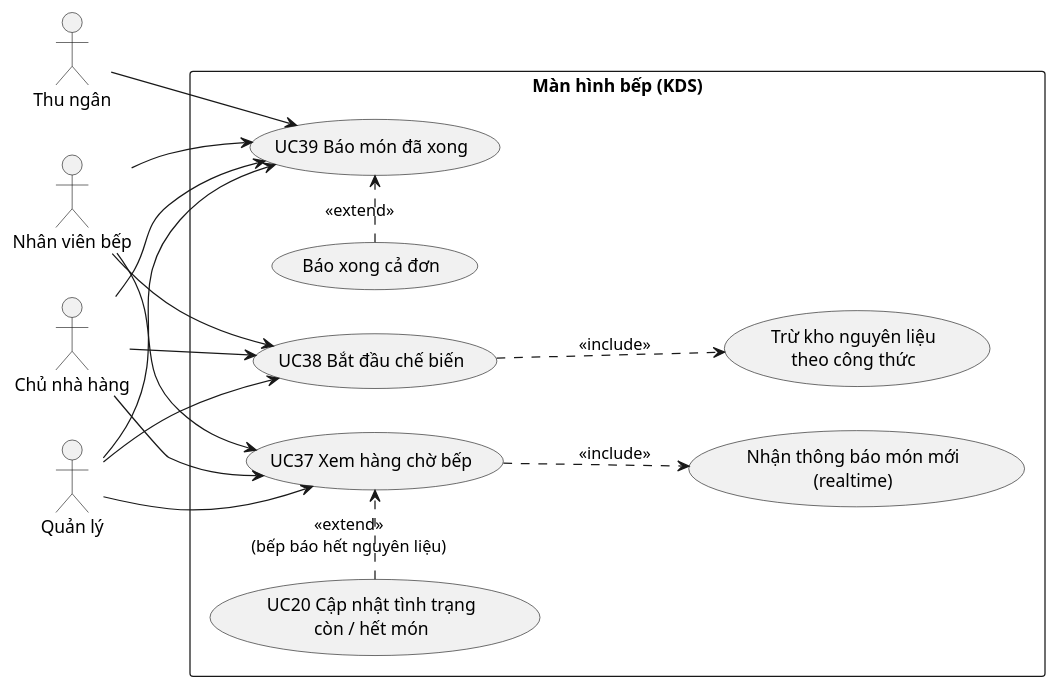
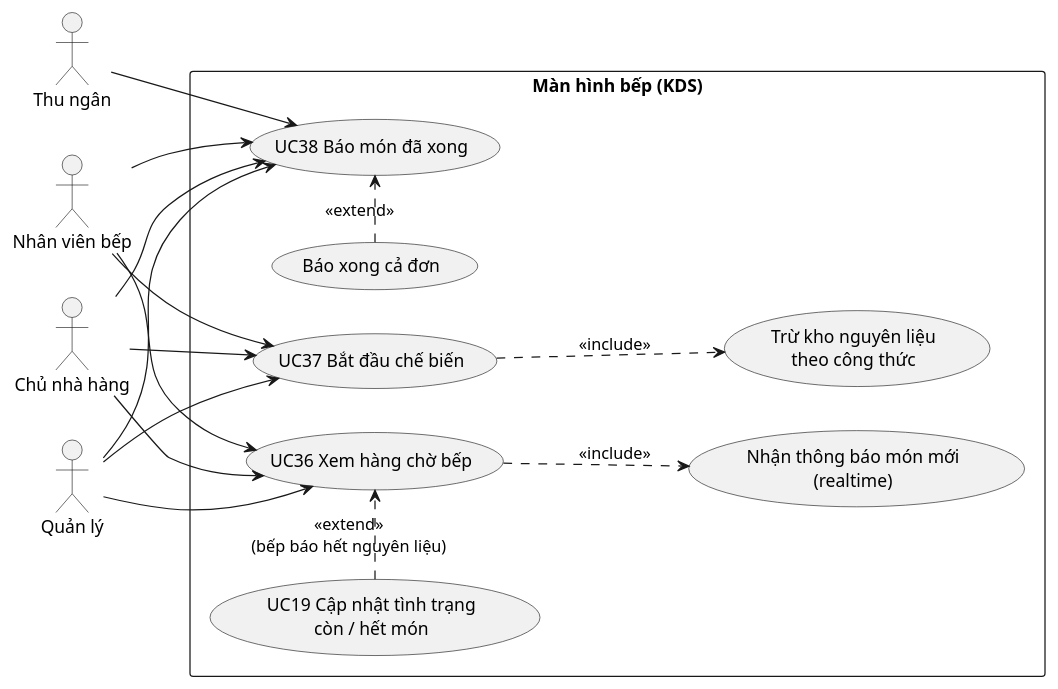
One commit to TruongHidu/XayPOS_be changed the diagram in docs/usecase/07-bep.md. Above: the diagram before and after it, drawn with PlantUML. The commit also changed other lines of this file and 50 other files, not shown here.

````diff
--- a/docs/usecase/07-bep.md
+++ b/docs/usecase/07-bep.md
@@ -5,37 +5,37 @@
 ```plantuml
 @startuml UC07_Bep
 left to right direction
 skinparam packageStyle rectangle
 
 actor "Nhân viên bếp" as Kitchen
 actor "Thu ngân" as Cashier
 actor "Quản lý" as Manager
 actor "Chủ nhà hàng" as Owner
 
 rectangle "Màn hình bếp (KDS)" {
-  usecase "UC37 Xem hàng chờ bếp" as UC37
-  usecase "Nhận thông báo món mới\n(realtime)" as UC37a
-  usecase "UC38 Bắt đầu chế biến" as UC38
-  usecase "Trừ kho nguyên liệu\ntheo công thức" as UC38a
-  usecase "UC39 Báo món đã xong" as UC39
-  usecase "Báo xong cả đơn" as UC39a
-  usecase "UC20 Cập nhật tình trạng\ncòn / hết món" as UC20
+  usecase "UC36 Xem hàng chờ bếp" as UC36
+  usecase "Nhận thông báo món mới\n(realtime)" as UC36a
+  usecase "UC37 Bắt đầu chế biến" as UC37
+  usecase "Trừ kho nguyên liệu\ntheo công thức" as UC37a
+  usecase "UC38 Báo món đã xong" as UC38
+  usecase "Báo xong cả đơn" as UC38a
+  usecase "UC19 Cập nhật tình trạng\ncòn / hết món" as UC19
 }
 
+Kitchen --> UC36
 Kitchen --> UC37
 Kitchen --> UC38
-Kitchen --> UC39
-Cashier --> UC39
+Cashier --> UC38
+Manager --> UC36
 Manager --> UC37
 Manager --> UC38
-Manager --> UC39
+Owner --> UC36
 Owner --> UC37
 Owner --> UC38
-Owner --> UC39
 
+UC36 ..> UC36a : <<include>>
 UC37 ..> UC37a : <<include>>
-UC38 ..> UC38a : <<include>>
-UC39a .> UC39 : <<extend>>
-UC20 .> UC37 : <<extend>>\n(bếp báo hết nguyên liệu)
+UC38a .> UC38 : <<extend>>
+UC19 .> UC36 : <<extend>>\n(bếp báo hết nguyên liệu)
 @enduml
 ```
````
